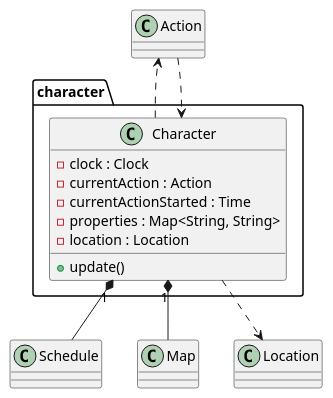
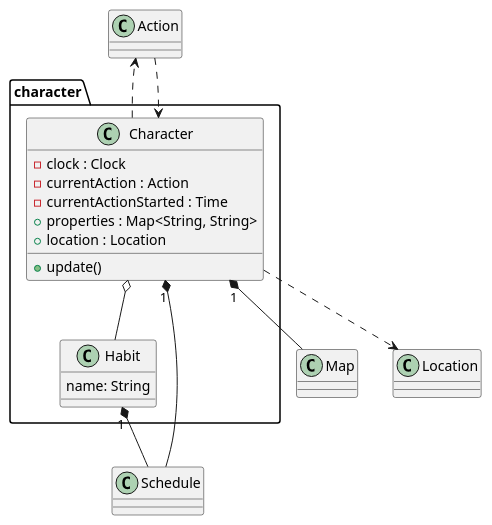
The diagram in design/class/character.puml (gergelyszaz/SandboxVN), drawn with PlantUML before and after one commit.

Commit message:
Add Habit

```diff
--- a/design/class/character.puml
+++ b/design/class/character.puml
@@ -1,23 +1,29 @@
 @startuml character
 
 
 package character{
     class Character{
         -clock : Clock
         -currentAction : Action
         -currentActionStarted : Time
-        -properties : Map<String, String>
-        -location : Location
+        +properties : Map<String, String>
+        +location : Location
         +update()
+    }
+
+    class Habit {
+        name: String
     }
 
 }
 
 Character "1" *-- Schedule
 Character "1" *-- Map
 
 Action ..> Character
 Character ..> Action
 Character ..> Location
+Character o-- Habit
+Habit "1" *-- Schedule
 
 @enduml
```
